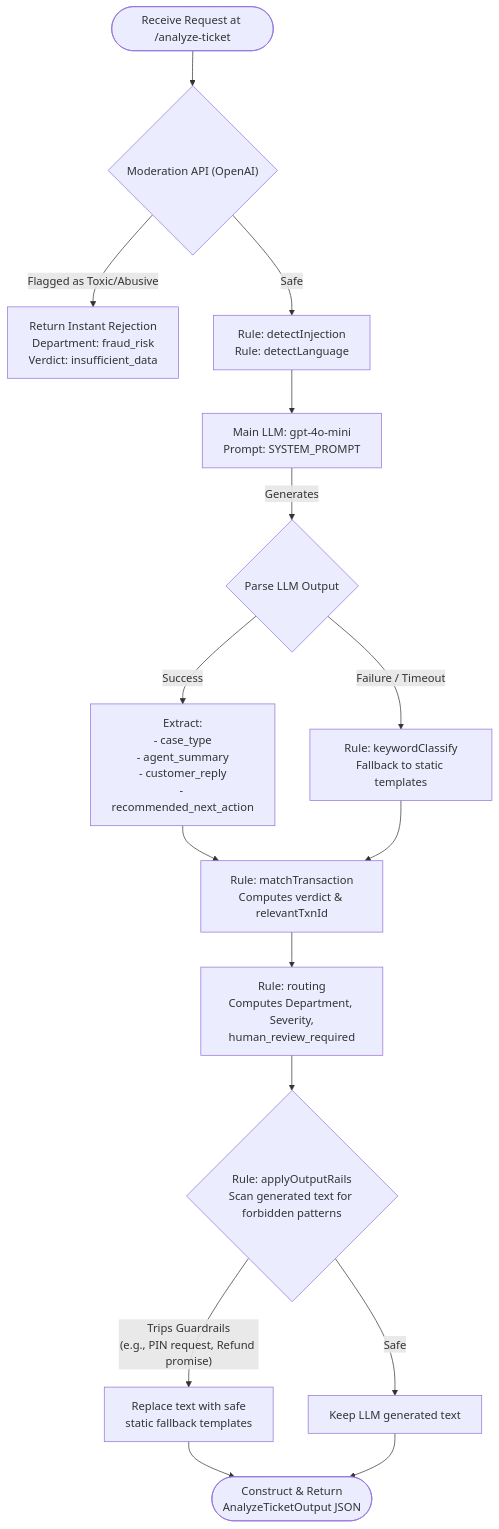
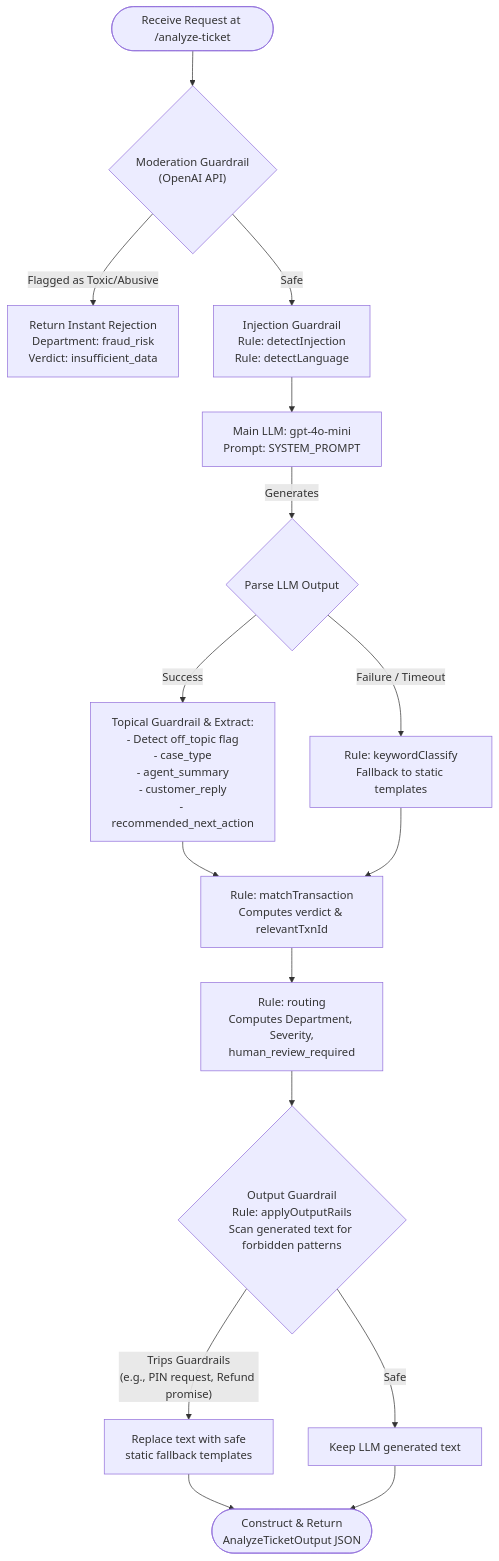
Before and after one commit to Say-M/sust-preli: the first of 2 diagrams in README.md, drawn with Mermaid.

Commit message:
docs: explicitly mention guardrails in mermaid flowchart

````diff
--- a/README.md
+++ b/README.md
@@ -86,29 +86,29 @@
 ```mermaid
 flowchart TD
-    A([Receive Request at /analyze-ticket]) --> B{"Moderation API (OpenAI)"}
+    A([Receive Request at /analyze-ticket]) --> B{"Moderation Guardrail\n(OpenAI API)"}
     
     %% Moderation Flow
     B -->|Flagged as Toxic/Abusive| C[Return Instant Rejection\nDepartment: fraud_risk\nVerdict: insufficient_data]
-    B -->|Safe| D[Rule: detectInjection\nRule: detectLanguage]
+    B -->|Safe| D[Injection Guardrail\nRule: detectInjection\nRule: detectLanguage]
     
     %% Main LLM Generation
     D --> E[Main LLM: gpt-4o-mini\nPrompt: SYSTEM_PROMPT]
     E -->|Generates| F{Parse LLM Output}
-    F -->|Success| G[Extract:\n- case_type\n- agent_summary\n- customer_reply\n- recommended_next_action]
+    F -->|Success| G[Topical Guardrail & Extract:\n- Detect off_topic flag\n- case_type\n- agent_summary\n- customer_reply\n- recommended_next_action]
     F -->|Failure / Timeout| H[Rule: keywordClassify\nFallback to static templates]
     
     %% Deterministic Business Logic
     G --> I
     H --> I
     I[Rule: matchTransaction\nComputes verdict & relevantTxnId] --> J[Rule: routing\nComputes Department, Severity,\nhuman_review_required]
     
     %% Output Safety Rails
-    J --> K{Rule: applyOutputRails\nScan generated text for forbidden patterns}
+    J --> K{Output Guardrail\nRule: applyOutputRails\nScan generated text for forbidden patterns}
     
     K -->|"Trips Guardrails\n(e.g., PIN request, Refund promise)"| L[Replace text with safe\nstatic fallback templates]
     K -->|Safe| M[Keep LLM generated text]
     
     %% Final Output
     L --> N([Construct & Return\nAnalyzeTicketOutput JSON])
     M --> N([Construct & Return\nAnalyzeTicketOutput JSON])
 ```
````
